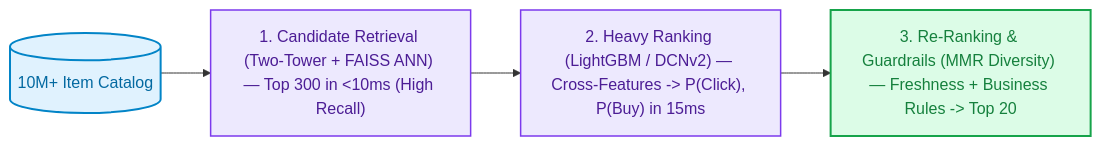
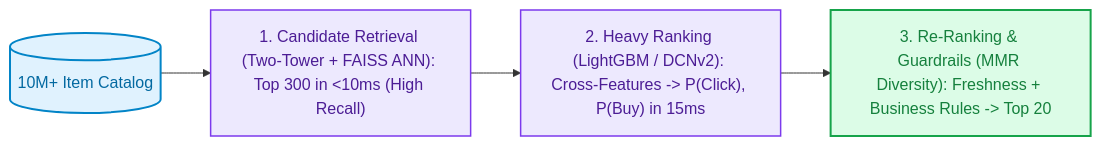
The second of 2 diagrams in curriculum/02-core-ml-and-dl/03_classical_ml_and_recsys.md (FirdowsRahaman/agentic-ai-and-ml-roadmap), drawn with Mermaid before and after one commit. The commit also changed other lines of this file and 33 other files, not shown here.

````diff
--- a/curriculum/02-core-ml-and-dl/03_classical_ml_and_recsys.md
+++ b/curriculum/02-core-ml-and-dl/03_classical_ml_and_recsys.md
@@ -165,14 +165,14 @@
 ```mermaid
 flowchart LR
-    CAT[("10M+ Item Catalog")] --> S1["1. Candidate Retrieval (Two-Tower + FAISS ANN) — Top 300 in <10ms (High Recall)"]
-    S1 --> S2["2. Heavy Ranking (LightGBM / DCNv2) — Cross-Features -> P(Click), P(Buy) in 15ms"]
-    S2 --> S3["3. Re-Ranking & Guardrails (MMR Diversity) — Freshness + Business Rules -> Top 20"]
+    CAT[("10M+ Item Catalog")] --> S1["1. Candidate Retrieval (Two-Tower + FAISS ANN): Top 300 in <10ms (High Recall)"]
+    S1 --> S2["2. Heavy Ranking (LightGBM / DCNv2): Cross-Features -> P(Click), P(Buy) in 15ms"]
+    S2 --> S3["3. Re-Ranking & Guardrails (MMR Diversity): Freshness + Business Rules -> Top 20"]
 
     classDef store fill:#E0F2FE,stroke:#0284C7,stroke-width:2px,color:#0369A1;
     classDef stage fill:#EDE9FE,stroke:#7C3AED,stroke-width:1.5px,color:#4C1D95;
     classDef final fill:#DCFCE7,stroke:#16A34A,stroke-width:2px,color:#15803D;
 
     class CAT store;
     class S1,S2 stage;
     class S3 final;
 ```
````
